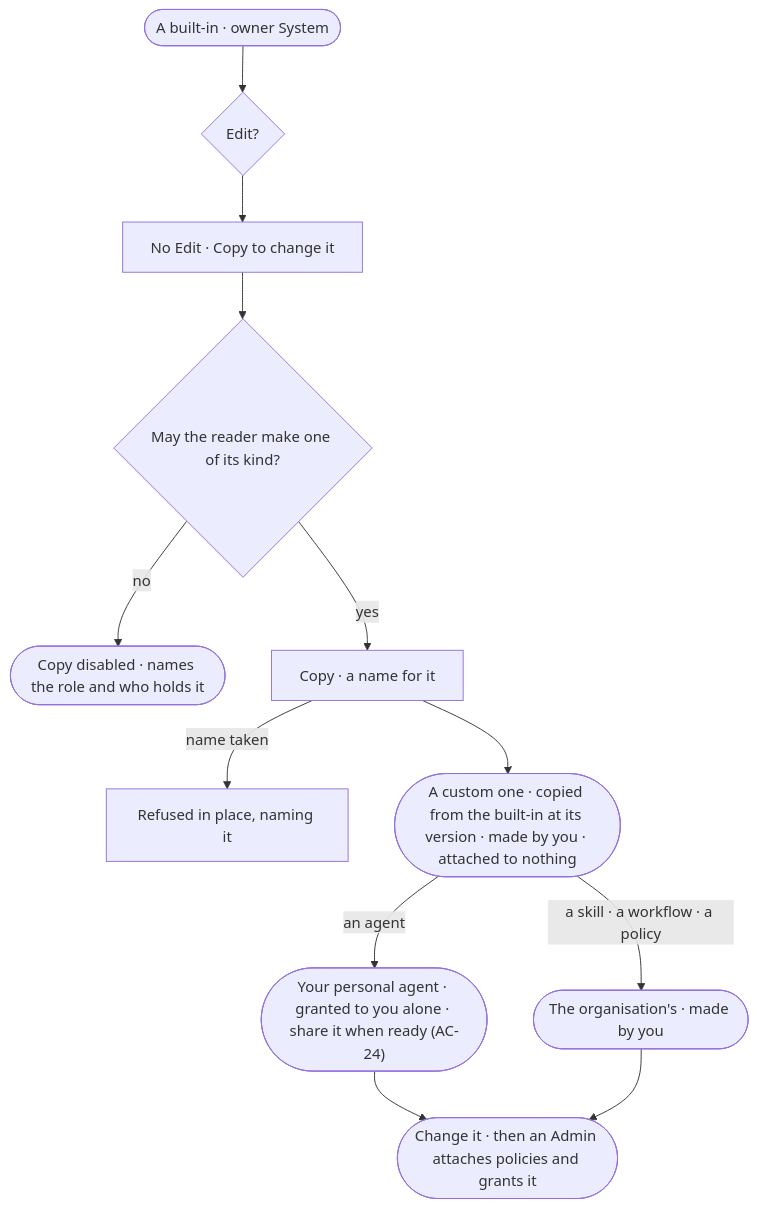
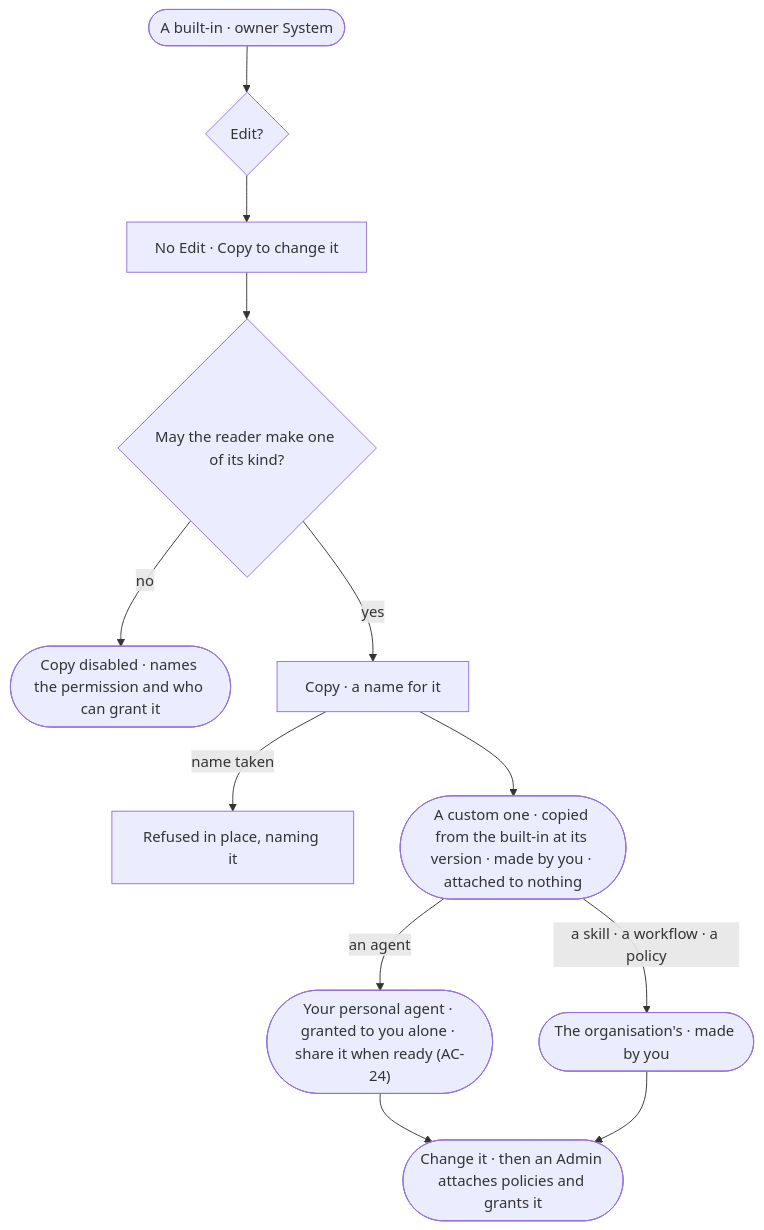
One commit to invana/invana changed the diagram in specs/os/access/features/AC-F07-ownership/stories/AC-25-copy-a-built-in-to-change-it/story.md. Above: the diagram before and after it, drawn with Mermaid. The commit also changed other lines of this file and 236 other files, not shown here.

First line of the commit message:
docs(specs): grant by permission, not role, across access and records

````diff
--- a/specs/os/access/features/AC-F07-ownership/stories/AC-25-copy-a-built-in-to-change-it/story.md
+++ b/specs/os/access/features/AC-F07-ownership/stories/AC-25-copy-a-built-in-to-change-it/story.md
@@ -26,14 +26,14 @@
 ```mermaid
 flowchart TD
   b([A built-in · owner System]) --> e{"Edit?"}
   e --> ne["No Edit · Copy to change it"]
   ne --> c{"May the reader make one of its kind?"}
-  c -->|no| na(["Copy disabled · names the role and who holds it"])
+  c -->|no| na(["Copy disabled · names the permission and who can grant it"])
   c -->|yes| cp["Copy · a name for it"]
   cp -->|name taken| nt["Refused in place, naming it"]
   cp --> mine(["A custom one · copied from the built-in at its version · made by you · attached to nothing"])
   mine -->|an agent| pers(["Your personal agent · granted to you alone · share it when ready (AC-24)"])
   mine -->|a skill · a workflow · a policy| orgc(["The organisation's · made by you"])
   pers --> next(["Change it · then an Admin attaches policies and grants it"])
   orgc --> next
 ```
````
